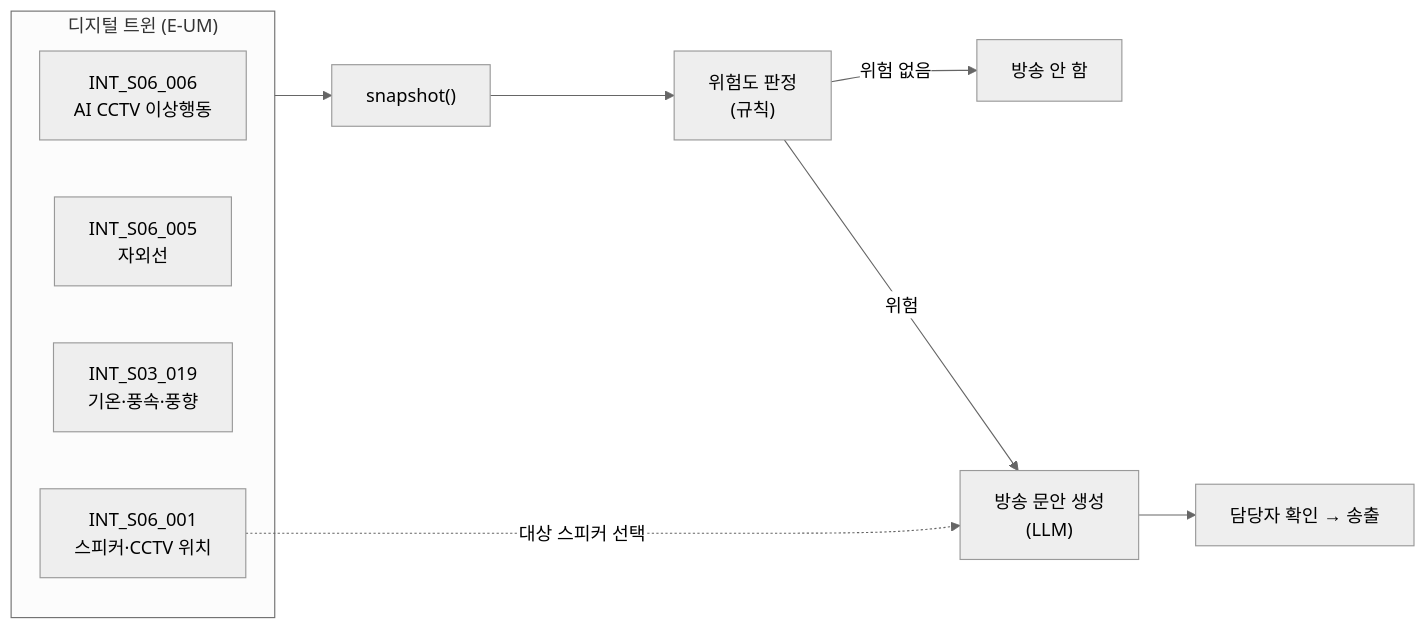
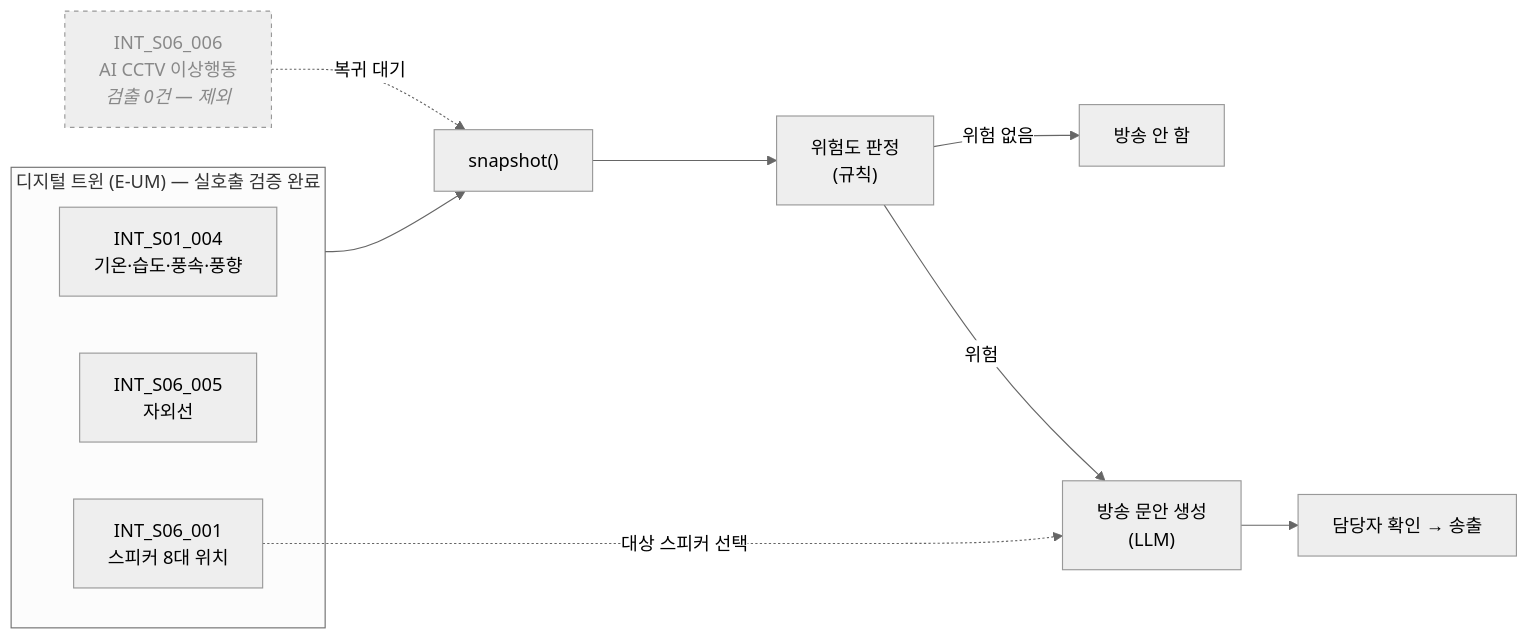
Before and after one commit to BiQnT/gurong_agent26: the diagram in ideas/001-breakwater-broadcast/README.md, drawn with Mermaid (neutral theme). The commit also changed other lines of this file and 2 other files, not shown here.

First line of the commit message:
fix(idea-001): 실호출 검증 반영 — 트리거를 이상행동에서 기상으로 교체

````diff
--- a/ideas/001-breakwater-broadcast/README.md
+++ b/ideas/001-breakwater-broadcast/README.md
@@ -130,15 +134,16 @@
 ```mermaid
 flowchart LR
-    subgraph D["디지털 트윈 (E-UM)"]
-        C["INT_S06_006<br/>AI CCTV 이상행동"]
+    subgraph D["디지털 트윈 (E-UM) — 실호출 검증 완료"]
+        W["INT_S01_004<br/>기온·습도·풍속·풍향"]
         U["INT_S06_005<br/>자외선"]
-        W["INT_S03_019<br/>기온·풍속·풍향"]
-        L["INT_S06_001<br/>스피커·CCTV 위치"]
+        L["INT_S06_001<br/>스피커 8대 위치"]
     end
+    C["INT_S06_006<br/>AI CCTV 이상행동<br/><i>검출 0건 — 제외</i>"]:::dead -.복귀 대기.-> S
     D --> S["snapshot()"]
+    classDef dead stroke-dasharray: 4 4,color:#888
     S --> R["위험도 판정<br/>(규칙)"]
     R -->|위험 없음| X["방송 안 함"]
     R -->|위험| G["방송 문안 생성<br/>(LLM)"]
     G --> O["담당자 확인 → 송출"]
     L -.대상 스피커 선택.-> G
 ```
````
